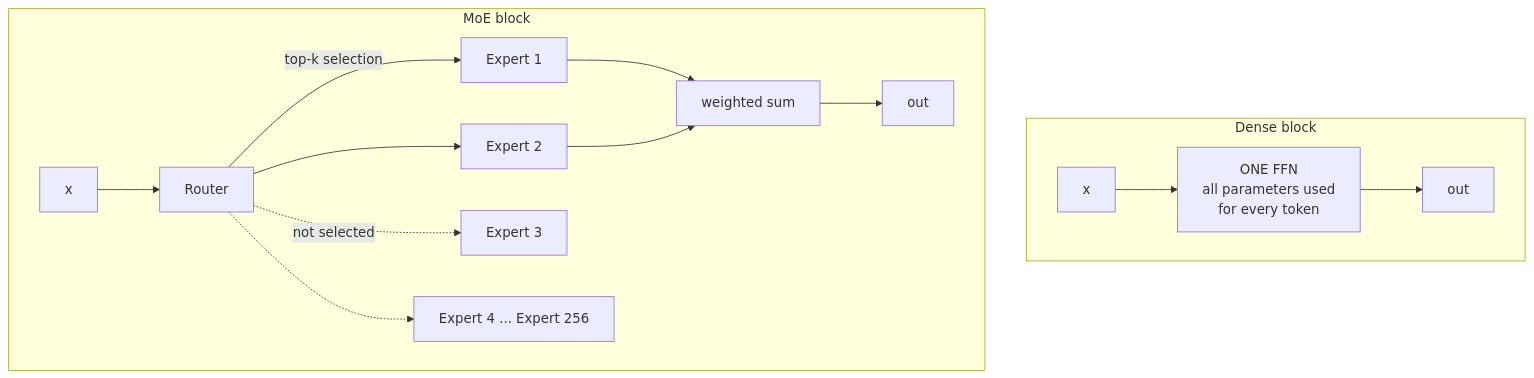
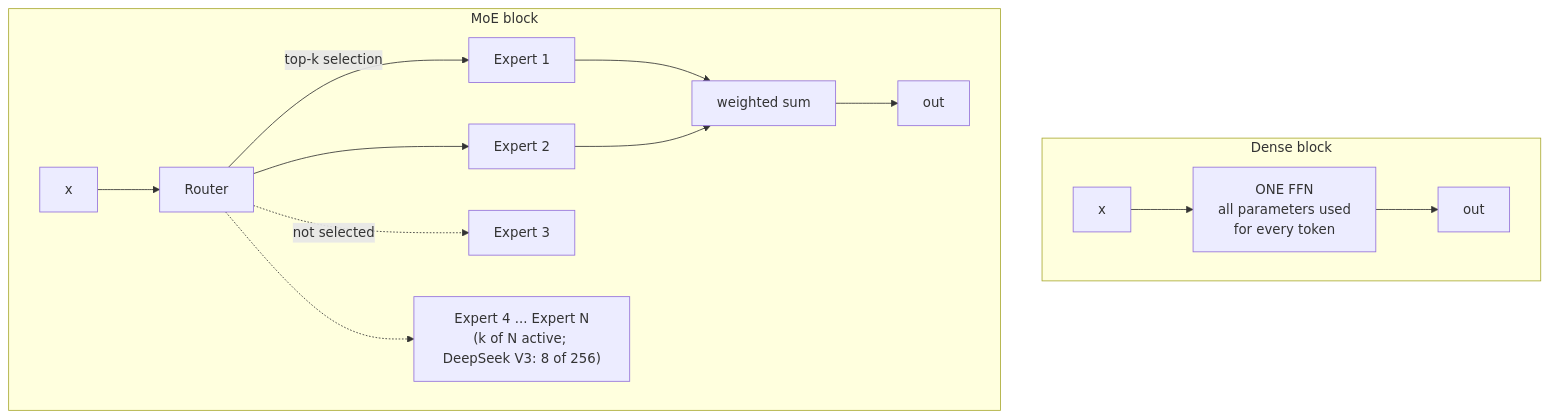
Before and after one commit to alliedbrother/ml-interview-notes: the first of 5 diagrams in content/courses/transformers/12-mixture-of-experts.md, drawn with Mermaid. The commit also changed other lines of this file and 7 other files, not shown here.

````diff
--- a/content/courses/transformers/12-mixture-of-experts.md
+++ b/content/courses/transformers/12-mixture-of-experts.md
@@ -26,17 +26,17 @@
 ```mermaid
 flowchart TD
     subgraph DENSE["Dense block"]
         D1["x"] --> D2["ONE FFN<br/>all parameters used<br/>for every token"]
         D2 --> D3["out"]
     end
     subgraph MOE["MoE block"]
         M1["x"] --> R["Router"]
         R -->|"top-k selection"| E1["Expert 1"]
         R --> E2["Expert 2"]
         R -.->|"not selected"| E3["Expert 3"]
-        R -.-> E4["Expert 4 ... Expert 256"]
+        R -.-> E4["Expert 4 ... Expert N<br/>(k of N active; DeepSeek V3: 8 of 256)"]
         E1 --> W["weighted sum"]
         E2 --> W
         W --> M3["out"]
     end
 ```
````
